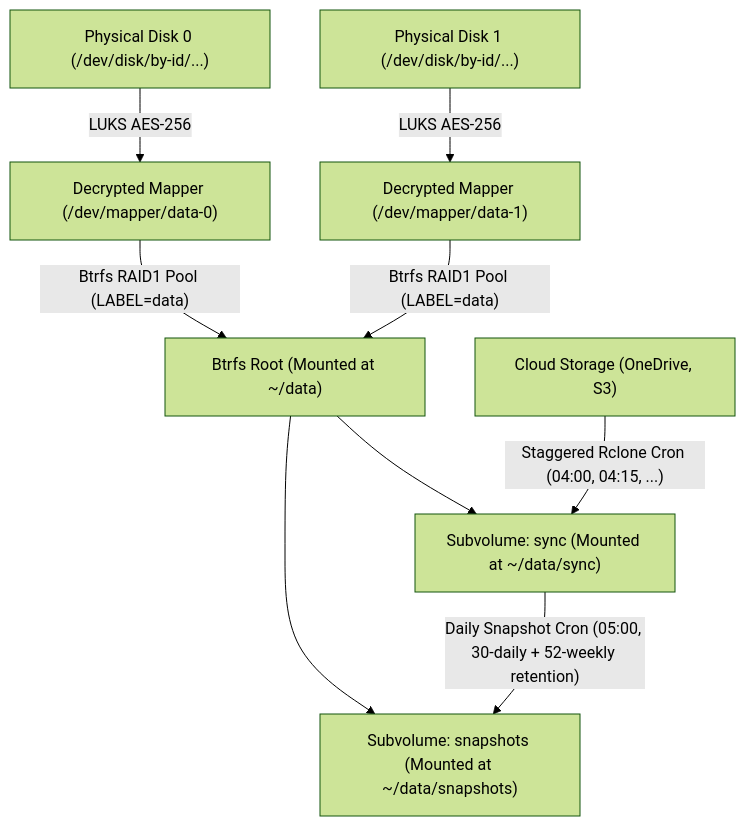
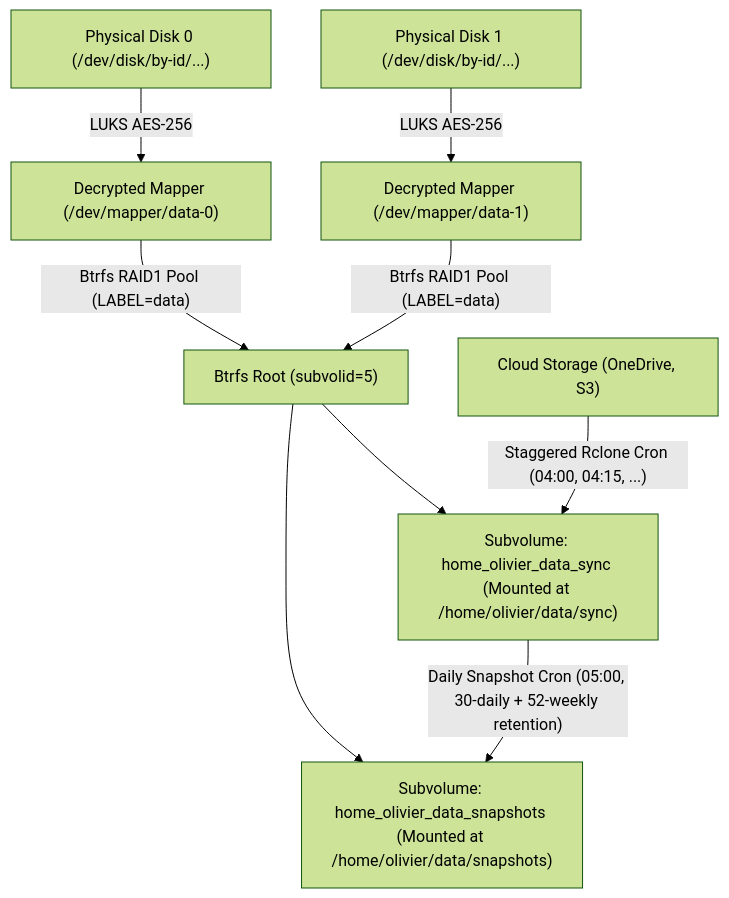
The diagram in docs/ansible.md (desnoe/domus), drawn with Mermaid (forest theme) before and after one commit. The commit also changed other lines of this file and 24 other files, not shown here.

Commit message:
feat(storage): use explicit absolute Btrfs subvolume paths and harden RAID1 replacement

````diff
--- a/docs/ansible.md
+++ b/docs/ansible.md
@@ -11,11 +11,11 @@
 ```mermaid
 flowchart TD
     Disk0["Physical Disk 0 (/dev/disk/by-id/...)"] -->|LUKS AES-256| LUKS0["Decrypted Mapper (/dev/mapper/data-0)"]
     Disk1["Physical Disk 1 (/dev/disk/by-id/...)"] -->|LUKS AES-256| LUKS1["Decrypted Mapper (/dev/mapper/data-1)"]
-    LUKS0 -->|"Btrfs RAID1 Pool (LABEL=data)"| RootBtrfs["Btrfs Root (Mounted at ~/data)"]
+    LUKS0 -->|"Btrfs RAID1 Pool (LABEL=data)"| RootBtrfs["Btrfs Root (subvolid=5)"]
     LUKS1 -->|"Btrfs RAID1 Pool (LABEL=data)"| RootBtrfs
-    RootBtrfs --> SubvolSync["Subvolume: sync (Mounted at ~/data/sync)"]
-    RootBtrfs --> SubvolSnap["Subvolume: snapshots (Mounted at ~/data/snapshots)"]
+    RootBtrfs --> SubvolSync["Subvolume: home_olivier_data_sync (Mounted at /home/olivier/data/sync)"]
+    RootBtrfs --> SubvolSnap["Subvolume: home_olivier_data_snapshots (Mounted at /home/olivier/data/snapshots)"]
     Cloud["Cloud Storage (OneDrive, S3)"] -->|"Staggered Rclone Cron (04:00, 04:15, ...)"| SubvolSync
     SubvolSync -->|"Daily Snapshot Cron (05:00, 30-daily + 52-weekly retention)"| SubvolSnap
 ```
````
